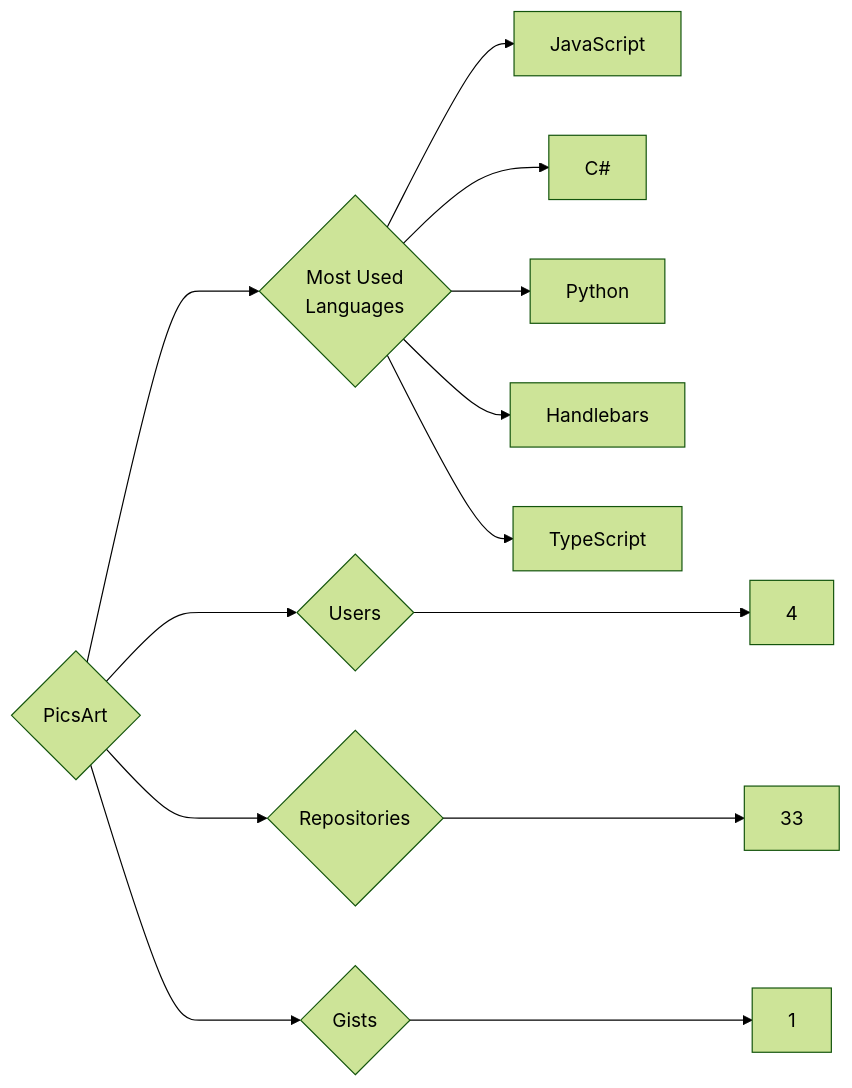
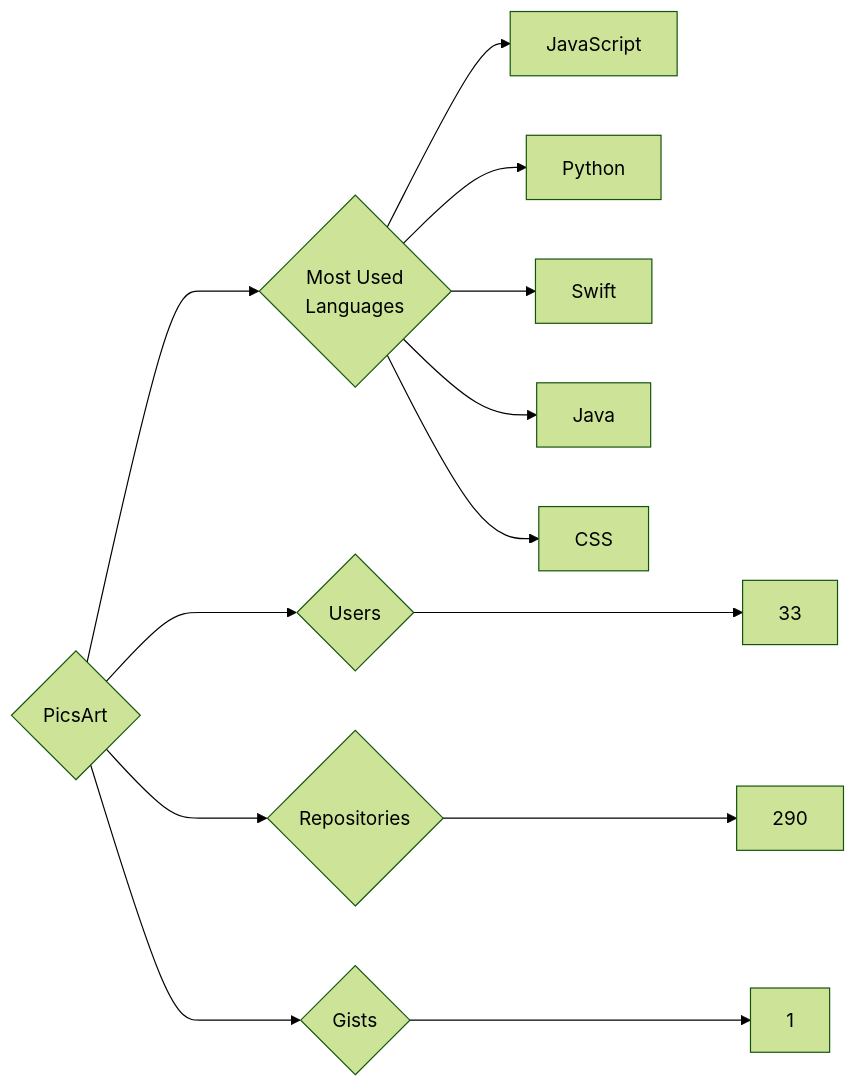
Before and after one commit to trickest/insiders: the diagram in targets/PicsArt/README.md, drawn with Mermaid (forest theme). The commit also changed 770 other files, not shown here.

````diff
--- a/targets/PicsArt/README.md
+++ b/targets/PicsArt/README.md
@@ -3,13 +3,13 @@
 ```mermaid
 graph LR
 COMPANY_NAME{PicsArt}
-COMPANY_NAME ---> U{Users} ---> UN[4]
-COMPANY_NAME ---> R{Repositories} ---> RN[33]
+COMPANY_NAME ---> U{Users} ---> UN[33]
+COMPANY_NAME ---> R{Repositories} ---> RN[290]
 COMPANY_NAME ---> G{Gists} ---> GN[1]
 COMPANY_NAME ---> ML{Most Used<br>Languages}
 ML --> JavaScript[JavaScript]
-ML --> C#[C#]
 ML --> Python[Python]
-ML --> Handlebars[Handlebars]
-ML --> TypeScript[TypeScript]
+ML --> Swift[Swift]
+ML --> Java[Java]
+ML --> CSS[CSS]
 ```
````
